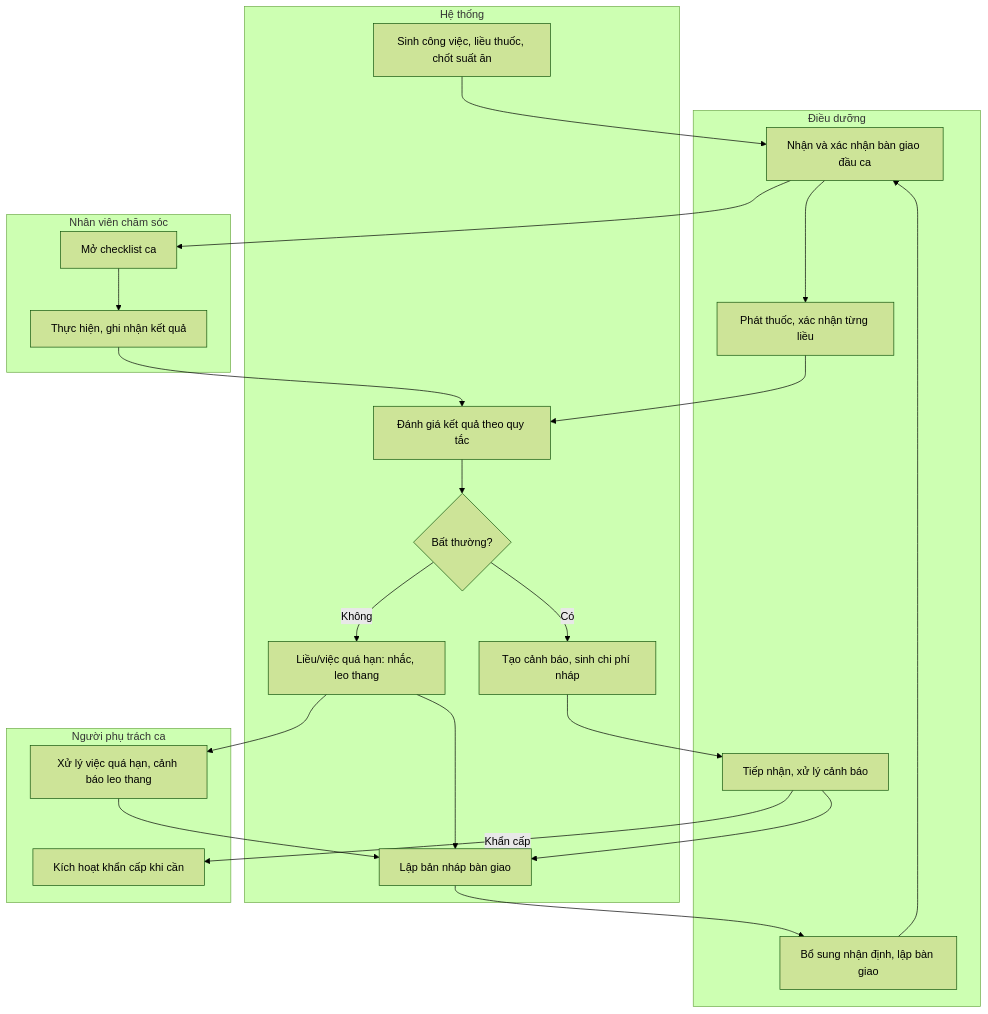
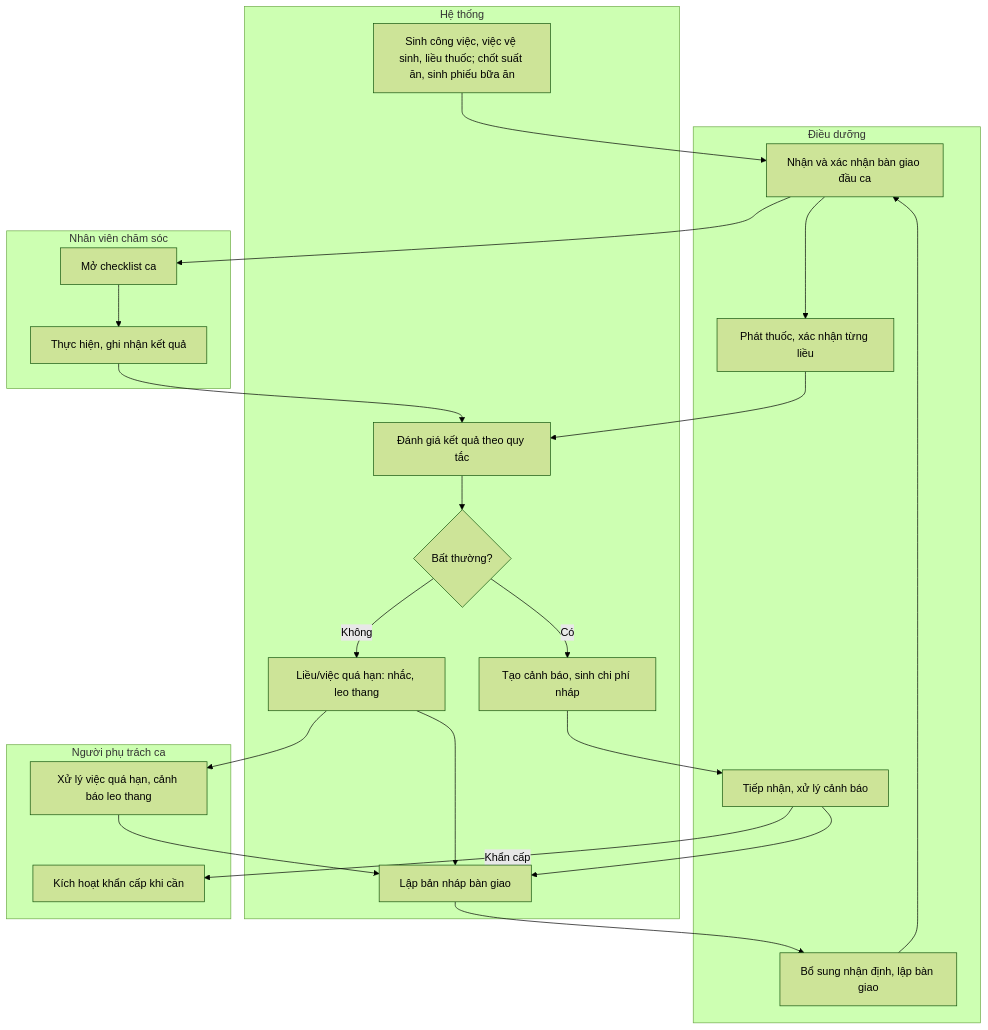
Before and after one commit to longdvhe170204/Elder_Care: the third of 17 diagrams in docs/phan-tich-yeu-cau.md, drawn with Mermaid (forest theme). The commit also changed other lines of this file and 16 other files, not shown here.

````diff
--- a/docs/phan-tich-yeu-cau.md
+++ b/docs/phan-tich-yeu-cau.md
@@ -117,36 +117,36 @@
 ```mermaid
 flowchart TD
     subgraph SYS[Hệ thống]
-        S1["Sinh công việc, liều thuốc, chốt suất ăn"]
+        S1["Sinh công việc, việc vệ sinh, liều thuốc; chốt suất ăn, sinh phiếu bữa ăn"]
         S2["Đánh giá kết quả theo quy tắc"]
         S3{"Bất thường?"}
         S4["Tạo cảnh báo, sinh chi phí nháp"]
         S5["Liều/việc quá hạn: nhắc, leo thang"]
         S6["Lập bản nháp bàn giao"]
     end
     subgraph DD[Điều dưỡng]
         N1["Nhận và xác nhận bàn giao đầu ca"]
         N2["Phát thuốc, xác nhận từng liều"]
         N3["Tiếp nhận, xử lý cảnh báo"]
         N4["Bổ sung nhận định, lập bàn giao"]
     end
     subgraph CS[Nhân viên chăm sóc]
         C1["Mở checklist ca"]
         C2["Thực hiện, ghi nhận kết quả"]
     end
     subgraph PT[Người phụ trách ca]
         P1["Xử lý việc quá hạn, cảnh báo leo thang"]
         P2["Kích hoạt khẩn cấp khi cần"]
     end
 
     S1 --> N1 --> C1 --> C2 --> S2
     N1 --> N2 --> S2
     S2 --> S3
     S3 -- Có --> S4 --> N3
     N3 -- "Khẩn cấp" --> P2
     S3 -- Không --> S5
     S5 --> P1
     N3 --> S6
     P1 --> S6
     S5 --> S6 --> N4 --> N1
 ```
````
